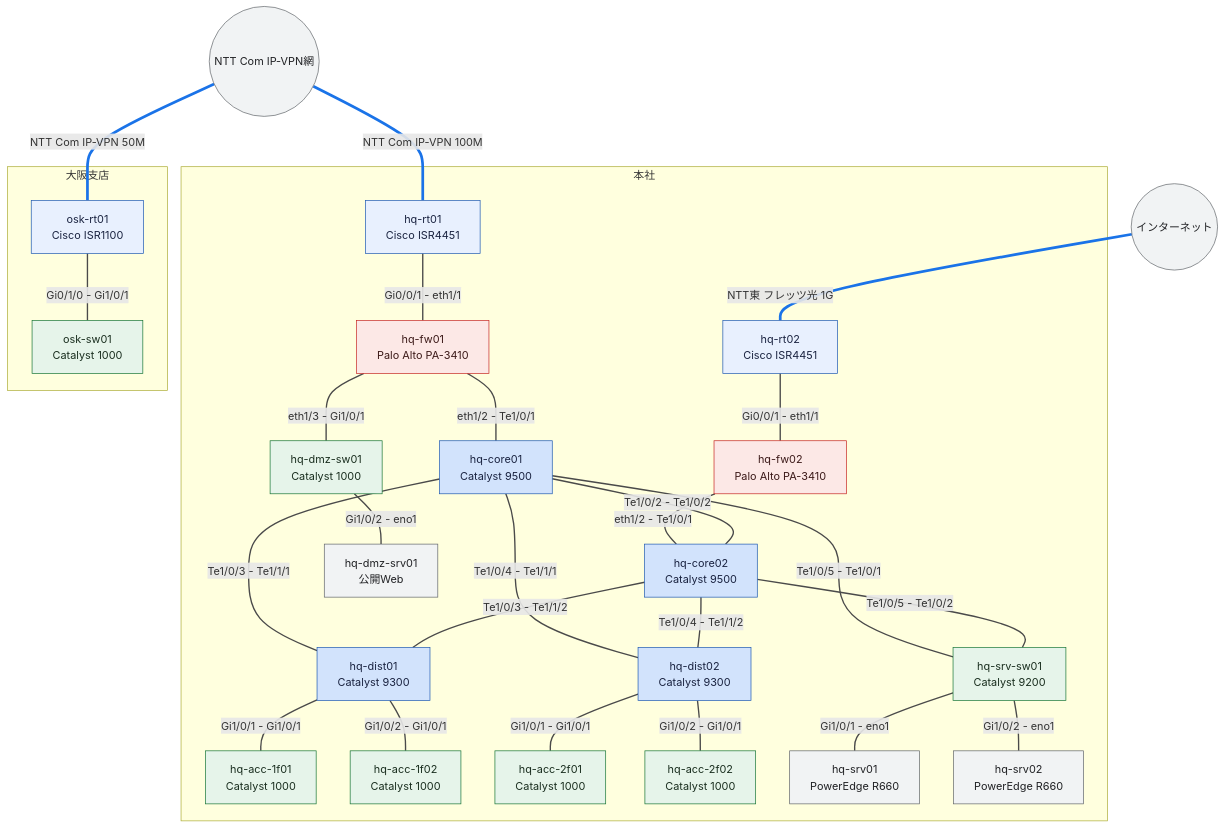
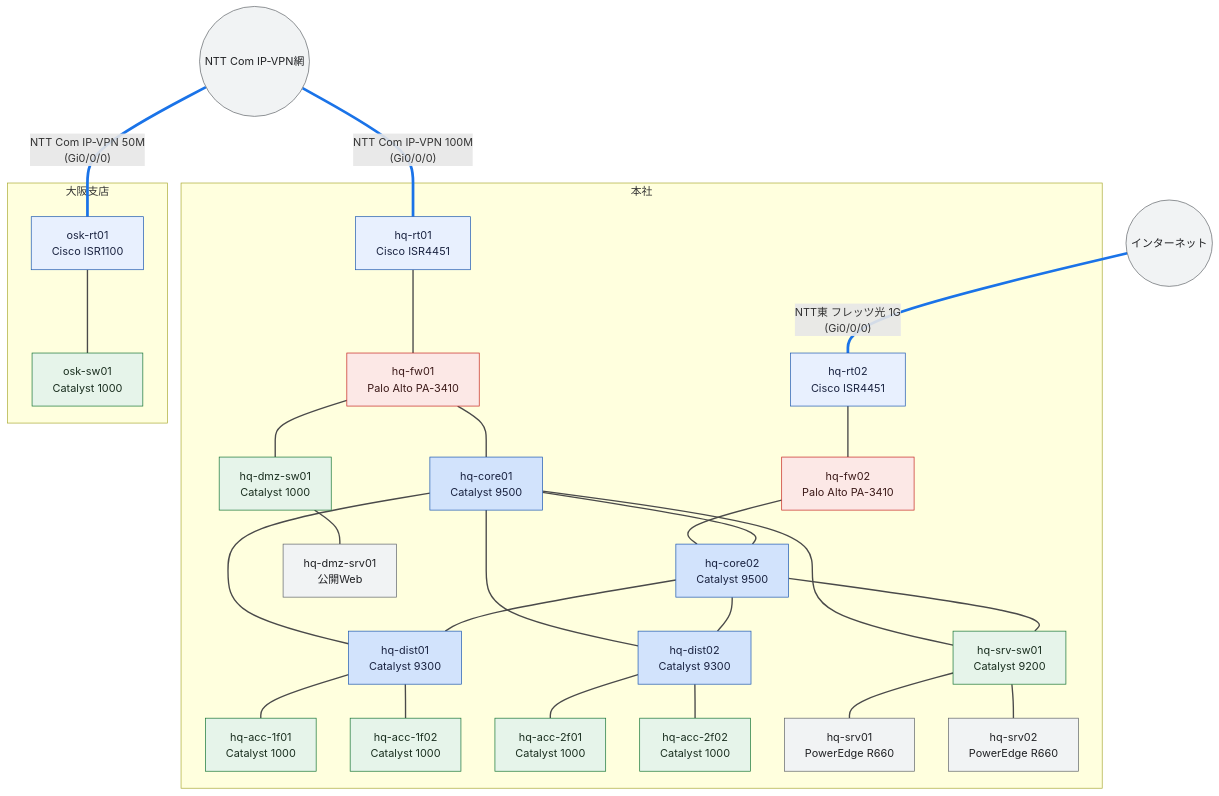
One commit to thinas1115/nwdsl changed the diagram in examples/complex-lan/generated/physical-all.mmd. Above: the diagram before and after it, drawn with Mermaid. The commit also changed 27 other files, not shown here.

First line of the commit message:
fix: 構成図のラベル衝突を根絶 (タイトル退避・IFラベル分散・ノード幅自動拡張)

```diff
--- a/examples/complex-lan/generated/physical-all.mmd
+++ b/examples/complex-lan/generated/physical-all.mmd
@@ -1,66 +1,68 @@
 flowchart TB
   subgraph sg_hq["本社"]
     hq_rt01["hq-rt01<br>Cisco ISR4451"]
     hq_rt02["hq-rt02<br>Cisco ISR4451"]
     hq_fw01["hq-fw01<br>Palo Alto PA-3410"]
     hq_fw02["hq-fw02<br>Palo Alto PA-3410"]
     hq_core01["hq-core01<br>Catalyst 9500"]
     hq_core02["hq-core02<br>Catalyst 9500"]
     hq_dist01["hq-dist01<br>Catalyst 9300"]
     hq_dist02["hq-dist02<br>Catalyst 9300"]
     hq_acc_1f01["hq-acc-1f01<br>Catalyst 1000"]
     hq_acc_1f02["hq-acc-1f02<br>Catalyst 1000"]
     hq_acc_2f01["hq-acc-2f01<br>Catalyst 1000"]
     hq_acc_2f02["hq-acc-2f02<br>Catalyst 1000"]
     hq_srv_sw01["hq-srv-sw01<br>Catalyst 9200"]
     hq_srv01["hq-srv01<br>PowerEdge R660"]
     hq_srv02["hq-srv02<br>PowerEdge R660"]
     hq_dmz_sw01["hq-dmz-sw01<br>Catalyst 1000"]
     hq_dmz_srv01["hq-dmz-srv01<br>公開Web"]
   end
   subgraph sg_osk["大阪支店"]
     osk_rt01["osk-rt01<br>Cisco ISR1100"]
     osk_sw01["osk-sw01<br>Catalyst 1000"]
   end
   ipvpn(("NTT Com IP-VPN網"))
   internet(("インターネット"))
-  ipvpn ---|"NTT Com IP-VPN 100M"| hq_rt01
-  internet ---|"NTT東 フレッツ光 1G"| hq_rt02
-  ipvpn ---|"NTT Com IP-VPN 50M"| osk_rt01
-  hq_rt01 ---|"Gi0/0/1 - eth1/1"| hq_fw01
-  hq_rt02 ---|"Gi0/0/1 - eth1/1"| hq_fw02
-  hq_fw01 ---|"eth1/2 - Te1/0/1"| hq_core01
-  hq_fw02 ---|"eth1/2 - Te1/0/1"| hq_core02
-  hq_core01 ---|"Te1/0/2 - Te1/0/2"| hq_core02
-  hq_core01 ---|"Te1/0/3 - Te1/1/1"| hq_dist01
-  hq_core02 ---|"Te1/0/3 - Te1/1/2"| hq_dist01
-  hq_core01 ---|"Te1/0/4 - Te1/1/1"| hq_dist02
-  hq_core02 ---|"Te1/0/4 - Te1/1/2"| hq_dist02
-  hq_dist01 ---|"Gi1/0/1 - Gi1/0/1"| hq_acc_1f01
-  hq_dist01 ---|"Gi1/0/2 - Gi1/0/1"| hq_acc_1f02
-  hq_dist02 ---|"Gi1/0/1 - Gi1/0/1"| hq_acc_2f01
-  hq_dist02 ---|"Gi1/0/2 - Gi1/0/1"| hq_acc_2f02
-  hq_core01 ---|"Te1/0/5 - Te1/0/1"| hq_srv_sw01
-  hq_core02 ---|"Te1/0/5 - Te1/0/2"| hq_srv_sw01
-  hq_srv_sw01 ---|"Gi1/0/1 - eno1"| hq_srv01
-  hq_srv_sw01 ---|"Gi1/0/2 - eno1"| hq_srv02
-  hq_fw01 ---|"eth1/3 - Gi1/0/1"| hq_dmz_sw01
-  hq_dmz_sw01 ---|"Gi1/0/2 - eno1"| hq_dmz_srv01
-  osk_rt01 ---|"Gi0/1/0 - Gi1/0/1"| osk_sw01
+  ipvpn ---|"NTT Com IP-VPN 100M<br>(Gi0/0/0)"| hq_rt01
+  internet ---|"NTT東 フレッツ光 1G<br>(Gi0/0/0)"| hq_rt02
+  ipvpn ---|"NTT Com IP-VPN 50M<br>(Gi0/0/0)"| osk_rt01
+  hq_rt01 --- hq_fw01
+  hq_rt02 --- hq_fw02
+  hq_fw01 --- hq_core01
+  hq_fw02 --- hq_core02
+  hq_core01 --- hq_core02
+  hq_core01 --- hq_dist01
+  hq_core02 --- hq_dist01
+  hq_core01 --- hq_dist02
+  hq_core02 --- hq_dist02
+  hq_dist01 --- hq_acc_1f01
+  hq_dist01 --- hq_acc_1f02
+  hq_dist02 --- hq_acc_2f01
+  hq_dist02 --- hq_acc_2f02
+  hq_core01 --- hq_srv_sw01
+  hq_core02 --- hq_srv_sw01
+  hq_srv_sw01 --- hq_srv01
+  hq_srv_sw01 --- hq_srv02
+  hq_fw01 --- hq_dmz_sw01
+  hq_dmz_sw01 --- hq_dmz_srv01
+  osk_rt01 --- osk_sw01
 
+  classDef node_dim fill:#f8f9fa,stroke:#dadce0,color:#bdc1c6
+  classDef node_failed fill:#fce8e6,stroke:#c5221f,color:#3c1a19
   classDef role_router fill:#e8f0fe,stroke:#1a56b0,color:#1a2340
   classDef role_l3switch fill:#d2e3fc,stroke:#1a56b0,color:#1a2340
   classDef role_l2switch fill:#e6f4ea,stroke:#137333,color:#1a2e1f
   classDef role_firewall fill:#fce8e6,stroke:#c5221f,color:#3c1a19
   classDef role_other fill:#f1f3f4,stroke:#5f6368,color:#202124
   classDef node_cloud fill:#f1f3f4,stroke:#5f6368,color:#202124
   classDef node_site fill:#fff8e1,stroke:#b58105,color:#4a3a08
   classDef node_external fill:#ffffff,stroke:#9aa0a6,stroke-dasharray:3 3,color:#5f6368
   class hq_rt01,hq_rt02,osk_rt01 role_router
   class ipvpn,internet node_cloud
   class hq_fw01,hq_fw02 role_firewall
   class hq_core01,hq_core02,hq_dist01,hq_dist02 role_l3switch
   class hq_acc_1f01,hq_acc_1f02,hq_acc_2f01,hq_acc_2f02,hq_srv_sw01,hq_dmz_sw01,osk_sw01 role_l2switch
   class hq_srv01,hq_srv02,hq_dmz_srv01 role_other
   linkStyle 0,1,2 stroke:#1a73e8,stroke-width:4px
   linkStyle 3,4,5,6,7,8,9,10,11,12,13,14,15,16,17,18,19,20,21,22 stroke:#4a4a4a,stroke-width:2px
```
